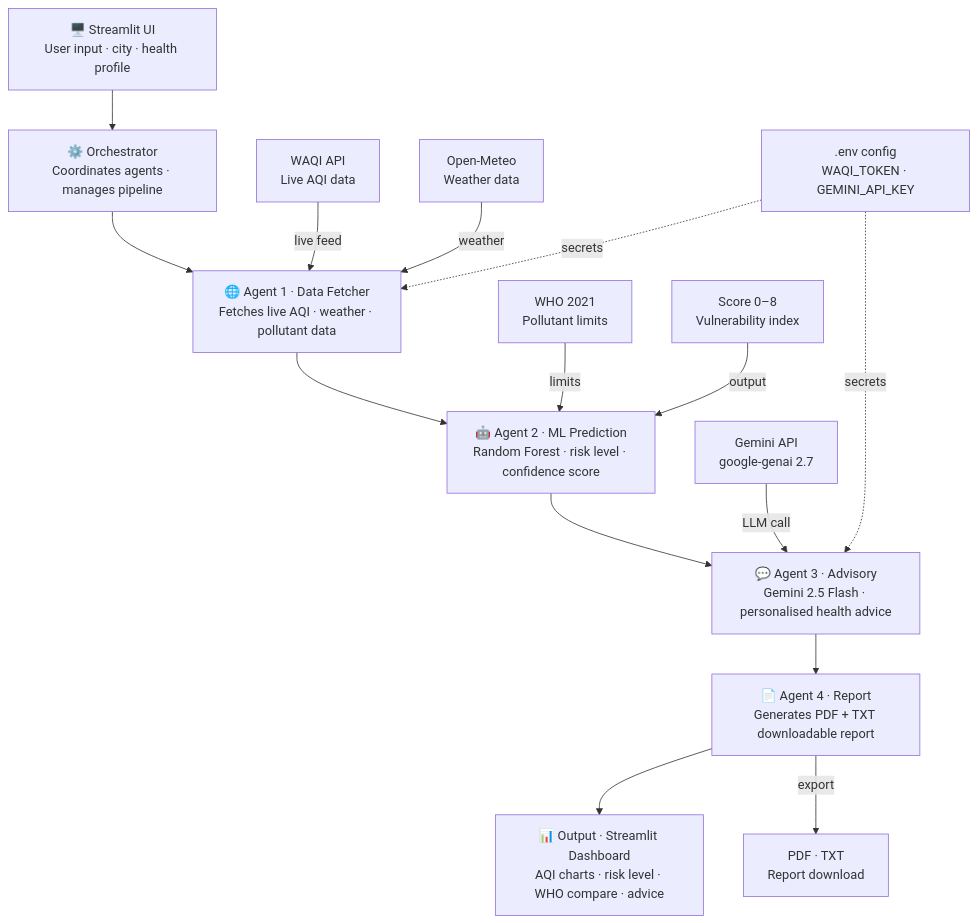
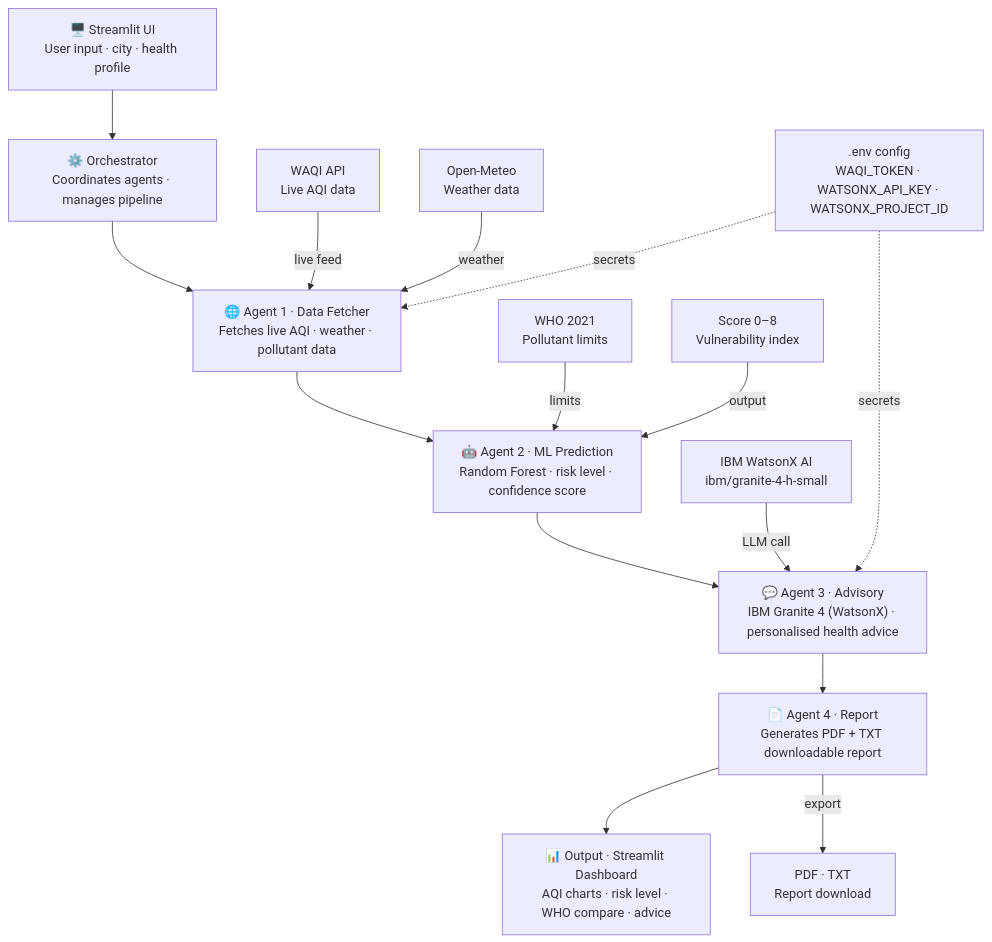
Before and after one commit to ShreenivasSB/AirSeva: the diagram in README.md, drawn with Mermaid. The commit also changed other lines of this file and 3 other files, not shown here.

Commit message:
Remove Gemini completely, IBM Granite 4 (WatsonX) is now sole advisory LLM

````diff
--- a/README.md
+++ b/README.md
@@ -29,28 +29,28 @@
 ```mermaid
 flowchart TD
     UI["🖥️ Streamlit UI\nUser input · city · health profile"]
     ORC["⚙️ Orchestrator\nCoordinates agents · manages pipeline"]
     A1["🌐 Agent 1 · Data Fetcher\nFetches live AQI · weather · pollutant data"]
     A2["🤖 Agent 2 · ML Prediction\nRandom Forest · risk level · confidence score"]
-    A3["💬 Agent 3 · Advisory\nGemini 2.5 Flash · personalised health advice"]
+    A3["💬 Agent 3 · Advisory\nIBM Granite 4 (WatsonX) · personalised health advice"]
     A4["📄 Agent 4 · Report\nGenerates PDF + TXT downloadable report"]
     OUT["📊 Output · Streamlit Dashboard\nAQI charts · risk level · WHO compare · advice"]
 
     WAQI["WAQI API\nLive AQI data"]
     METEO["Open-Meteo\nWeather data"]
     WHO["WHO 2021\nPollutant limits"]
     SCORE["Score 0–8\nVulnerability index"]
-    GEM["Gemini API\ngoogle-genai 2.7"]
+    GRANITE["IBM WatsonX AI\nibm/granite-4-h-small"]
     RPT["PDF · TXT\nReport download"]
-    ENV[".env config\nWAQI_TOKEN · GEMINI_API_KEY"]
+    ENV[".env config\nWAQI_TOKEN · WATSONX_API_KEY · WATSONX_PROJECT_ID"]
 
     UI --> ORC --> A1 --> A2 --> A3 --> A4 --> OUT
     WAQI -->|live feed| A1
     METEO -->|weather| A1
     WHO -->|limits| A2
     SCORE -->|output| A2
-    GEM -->|LLM call| A3
+    GRANITE -->|LLM call| A3
     A4 -->|export| RPT
     ENV -.->|secrets| A1
     ENV -.->|secrets| A3
 ```
````
